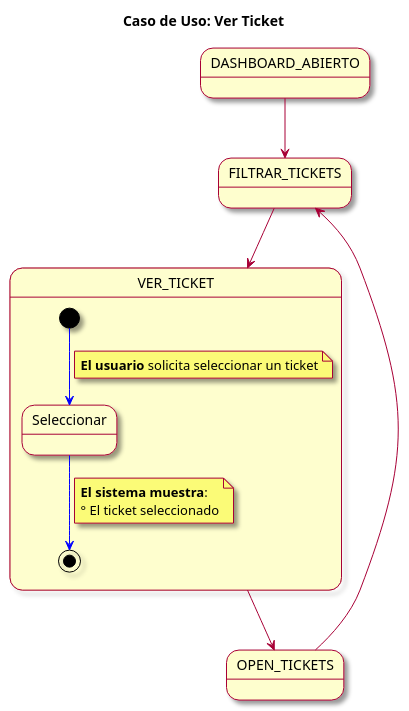
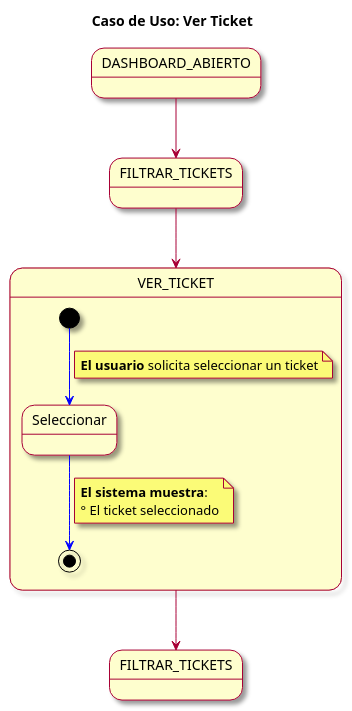
The diagram in modelosUML/CasosDeUsos/CasosDetallados/VerTicket.puml (mmasias/23-24-IdSw1-SDR), drawn with PlantUML before and after one commit. The commit also changed 11 other files, not shown here.

```diff
--- a/modelosUML/CasosDeUsos/CasosDetallados/VerTicket.puml
+++ b/modelosUML/CasosDeUsos/CasosDetallados/VerTicket.puml
@@ -1,28 +1,28 @@
 @startuml
 skin rose
 title Caso de Uso: Ver Ticket
 
 state DASHBOARD_ABIERTO
-state FILTRAR_TICKETS
-state OPEN_TICKETS
+state "FILTRAR_TICKETS" as FILTRAR_TICKETS2
+
 
 DASHBOARD_ABIERTO --> FILTRAR_TICKETS
 FILTRAR_TICKETS --> VER_TICKET
-VER_TICKET --> OPEN_TICKETS
-OPEN_TICKETS --> FILTRAR_TICKETS
+VER_TICKET --> FILTRAR_TICKETS2
+
 
 state VER_TICKET {
 [*] -[#blue]-> seleccionarOpcionVer
   note on link : **El usuario** solicita seleccionar un ticket
   state "Seleccionar" as seleccionarOpcionVer
   seleccionarOpcionVer -[#blue]-> [*]
 
 note on link 
   **El sistema muestra**: 
   ° El ticket seleccionado
 end note
   
 }
 
 
 @enduml
```
